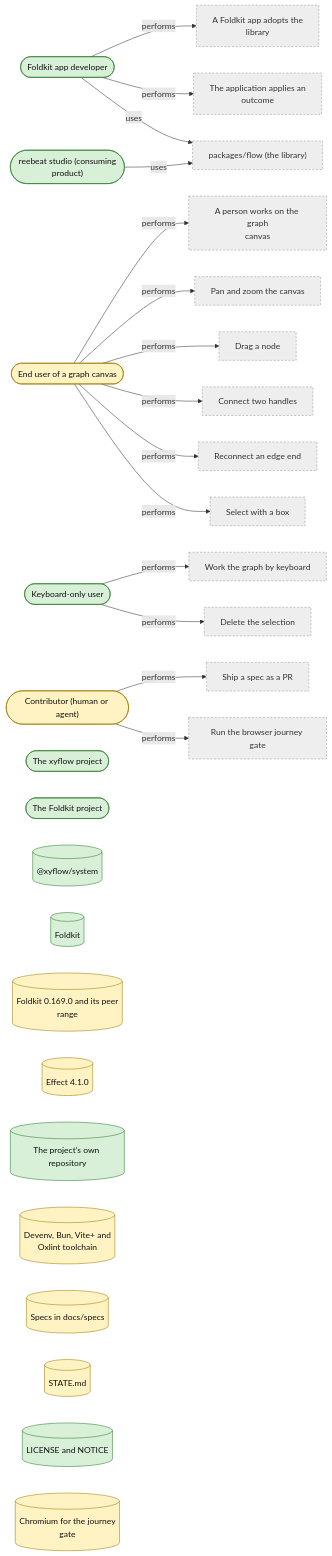
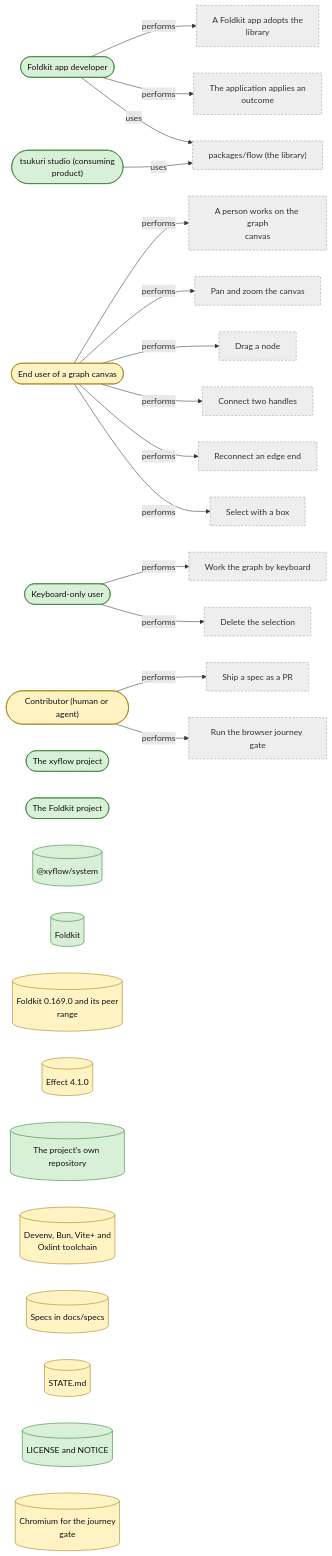
One commit to reebeat/.github changed the fourth of 4 diagrams in docs/actors-and-resources.md. Above: the diagram before and after it, drawn with Mermaid. The commit also changed other lines of this file and 71 other files, not shown here.

First line of the commit message:
chore: rename reebeat to tsukuri (spec 0003)

````diff
--- a/docs/actors-and-resources.md
+++ b/docs/actors-and-resources.md
@@ -296,51 +296,51 @@
 ```mermaid
 flowchart LR
     classDef decided fill:#d8f0d8,stroke:#2d7a2d,color:#111
     classDef proposed fill:#fff3c4,stroke:#a07800,color:#111
     classDef open fill:#f8d7d7,stroke:#a02020,color:#111
     classDef outside fill:#eee,stroke:#999,color:#333,stroke-dasharray:4 3
     actor_flow_app_developer(["Foldkit app developer"]):::decided
-    actor_flow_studio(["reebeat studio (consuming<br/>product)"]):::decided
+    actor_flow_studio(["tsukuri studio (consuming<br/>product)"]):::decided
     actor_flow_end_user(["End user of a graph canvas"]):::proposed
     actor_flow_keyboard_user(["Keyboard-only user"]):::decided
     actor_flow_contributor(["Contributor (human or agent)"]):::proposed
     actor_flow_xyflow(["The xyflow project"]):::decided
     actor_flow_foldkit_project(["The Foldkit project"]):::decided
     resource_flow_xyflow_system[("@xyflow/system")]:::decided
     resource_flow_foldkit[("Foldkit")]:::decided
     resource_flow_foldkit_pin[("Foldkit 0.169.0 and its peer<br/>range")]:::proposed
     resource_flow_effect[("Effect 4.1.0")]:::proposed
     resource_flow_repo[("The project's own repository")]:::decided
     resource_flow_toolchain[("Devenv, Bun, Vite+ and<br/>Oxlint toolchain")]:::proposed
     resource_flow_specs[("Specs in docs/specs")]:::proposed
     resource_flow_state_file[("STATE.md")]:::proposed
     resource_flow_notice[("LICENSE and NOTICE")]:::decided
     resource_flow_chromium[("Chromium for the journey<br/>gate")]:::proposed
     process_flow_adopt_library["A Foldkit app adopts the<br/>library"]:::outside
     process_flow_apply_outcome["The application applies an<br/>outcome"]:::outside
     comp_flow_library["packages/flow (the library)"]:::outside
     process_flow_use_canvas["A person works on the graph<br/>canvas"]:::outside
     process_flow_pan_zoom["Pan and zoom the canvas"]:::outside
     process_flow_drag_node["Drag a node"]:::outside
     process_flow_connect_handles["Connect two handles"]:::outside
     process_flow_reconnect_edge["Reconnect an edge end"]:::outside
     process_flow_box_select["Select with a box"]:::outside
     process_flow_keyboard_navigate["Work the graph by keyboard"]:::outside
     process_flow_delete_selection["Delete the selection"]:::outside
     process_flow_ship_spec["Ship a spec as a PR"]:::outside
     process_flow_run_journey_gate["Run the browser journey gate"]:::outside
     actor_flow_app_developer -->|performs| process_flow_adopt_library
     actor_flow_app_developer -->|performs| process_flow_apply_outcome
     actor_flow_app_developer -->|uses| comp_flow_library
     actor_flow_studio -->|uses| comp_flow_library
     actor_flow_end_user -->|performs| process_flow_use_canvas
     actor_flow_end_user -->|performs| process_flow_pan_zoom
     actor_flow_end_user -->|performs| process_flow_drag_node
     actor_flow_end_user -->|performs| process_flow_connect_handles
     actor_flow_end_user -->|performs| process_flow_reconnect_edge
     actor_flow_end_user -->|performs| process_flow_box_select
     actor_flow_keyboard_user -->|performs| process_flow_keyboard_navigate
     actor_flow_keyboard_user -->|performs| process_flow_delete_selection
     actor_flow_contributor -->|performs| process_flow_ship_spec
     actor_flow_contributor -->|performs| process_flow_run_journey_gate
 ```
````
